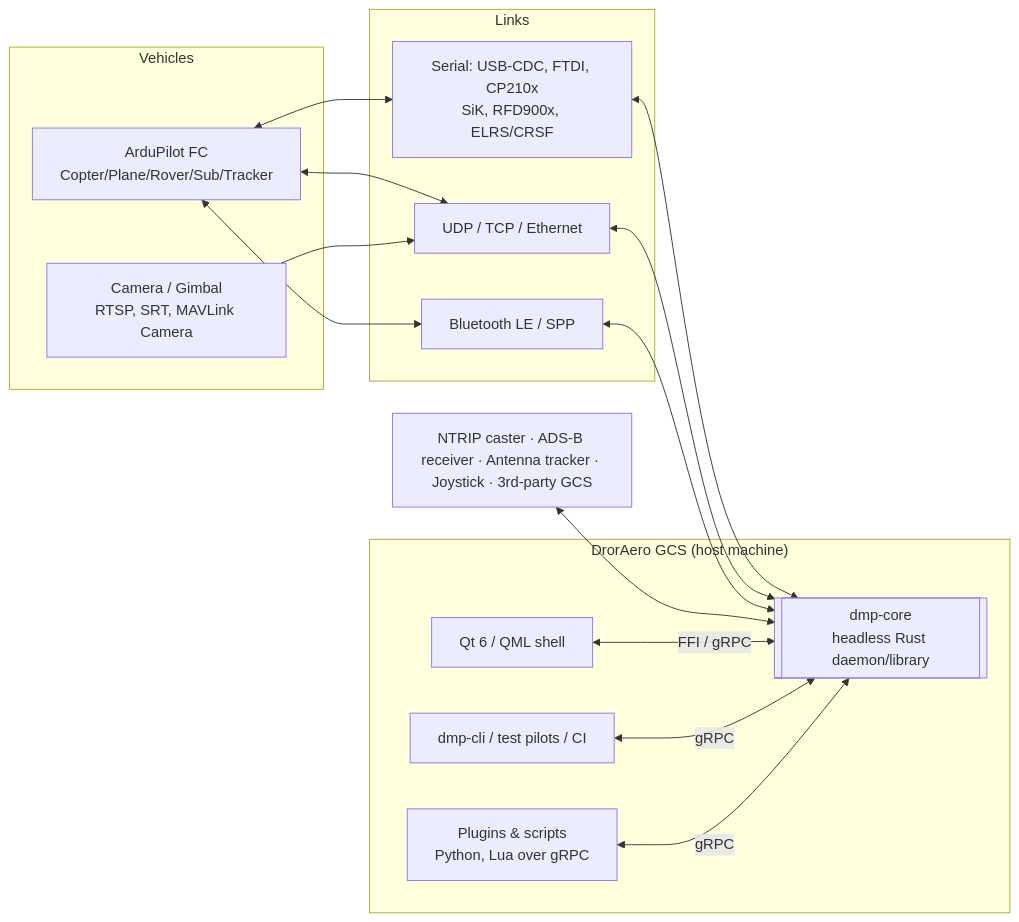
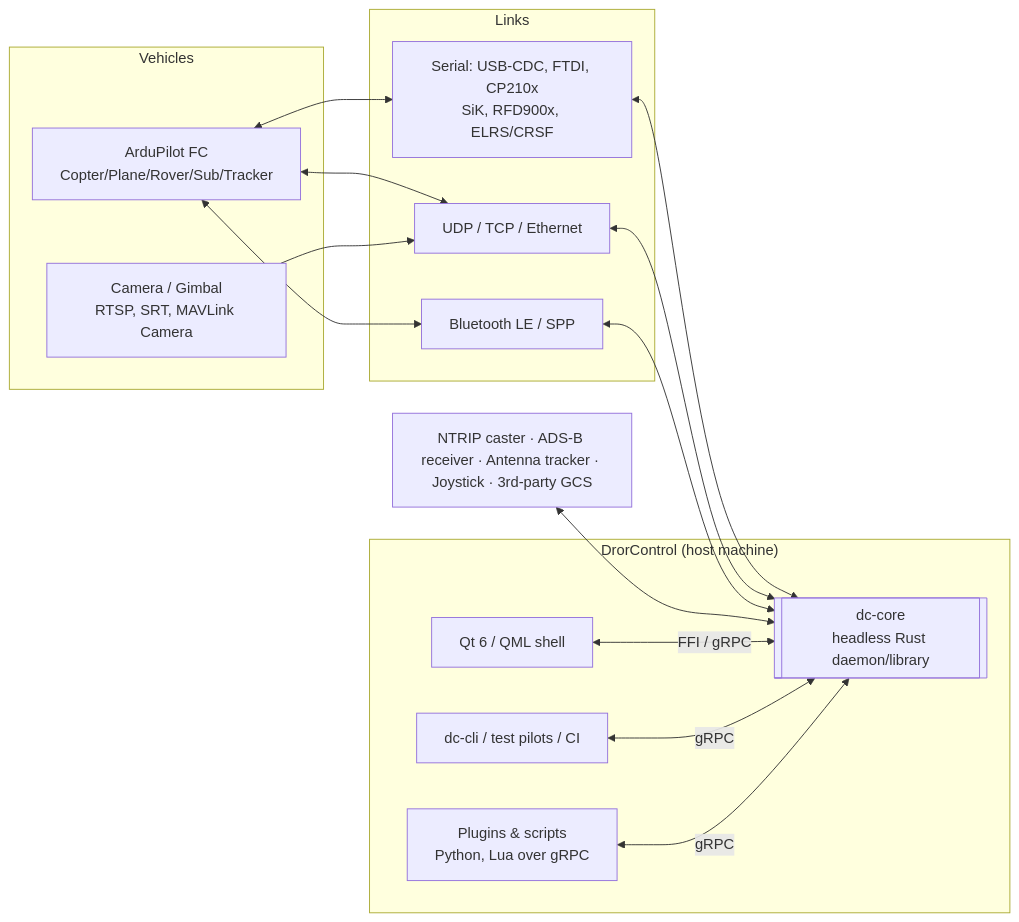
One commit to djdanou-cloud/drorcontrol changed the first of 5 diagrams in docs/plan/01-architecture.md. Above: the diagram before and after it, drawn with Mermaid. The commit also changed other lines of this file and 8 other files, not shown here.

First line of the commit message:
Rename product to DrorControl

````diff
--- a/docs/plan/01-architecture.md
+++ b/docs/plan/01-architecture.md
@@ -70,26 +70,26 @@
 ```mermaid
 flowchart LR
   subgraph Vehicles
     AP[ArduPilot FC<br/>Copter/Plane/Rover/Sub/Tracker]
     CAM[Camera / Gimbal<br/>RTSP, SRT, MAVLink Camera]
   end
   subgraph Links
     SER[Serial: USB-CDC, FTDI, CP210x<br/>SiK, RFD900x, ELRS/CRSF]
     NET[UDP / TCP / Ethernet]
     BLE[Bluetooth LE / SPP]
   end
-  subgraph Host["DrorAero GCS (host machine)"]
-    CORE[[dmp-core<br/>headless Rust daemon/library]]
+  subgraph Host["DrorControl (host machine)"]
+    CORE[[dc-core<br/>headless Rust daemon/library]]
     UI[Qt 6 / QML shell]
-    CLI[dmp-cli / test pilots / CI]
+    CLI[dc-cli / test pilots / CI]
     PLUG[Plugins & scripts<br/>Python, Lua over gRPC]
   end
   EXT[NTRIP caster · ADS-B receiver · Antenna tracker · Joystick · 3rd-party GCS]
   AP <--> SER & NET & BLE
   CAM --> NET
   SER & NET & BLE <--> CORE
   EXT <--> CORE
   UI <-->|FFI / gRPC| CORE
   CLI <-->|gRPC| CORE
   PLUG <-->|gRPC| CORE
 ```
````
